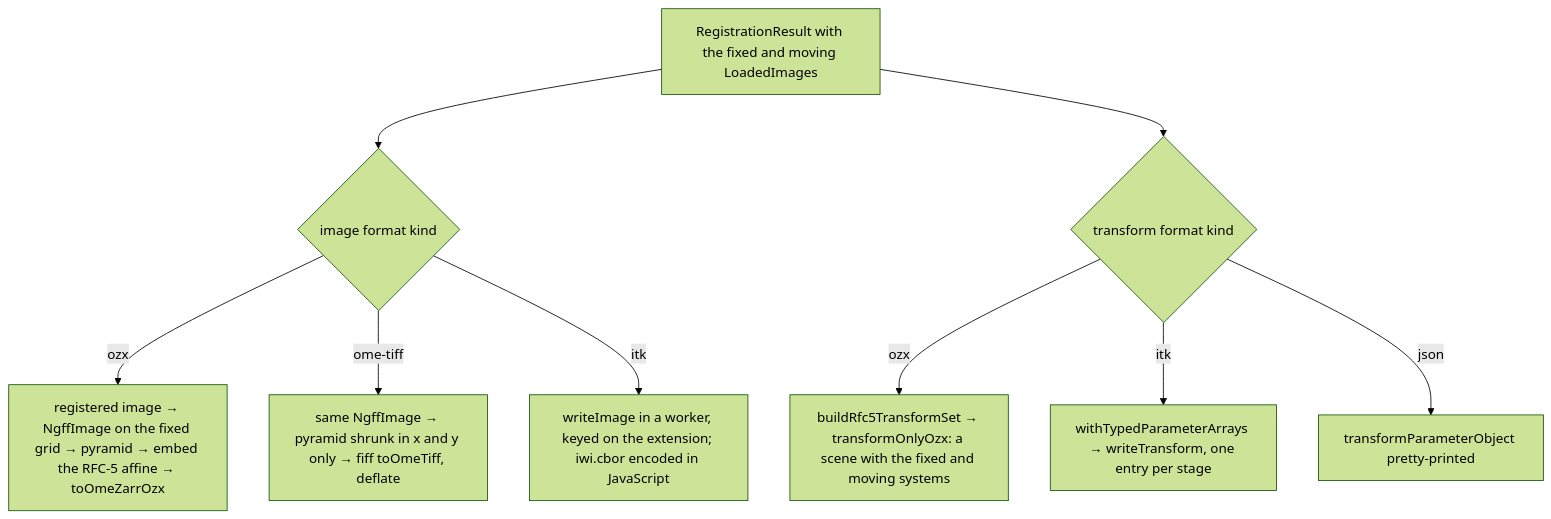
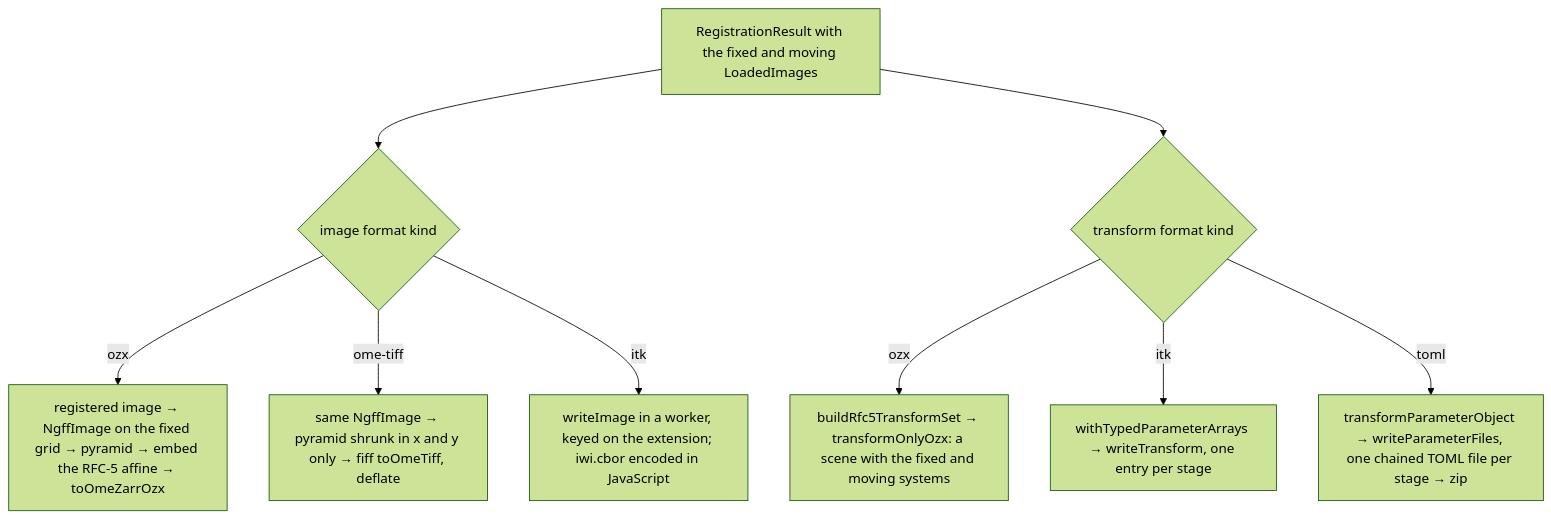
Before and after one commit to InsightSoftwareConsortium/ITKElastix: the second of 2 diagrams in wasm/typescript/demo-app/docs/architecture/architecture-overview.md, drawn with Mermaid (forest theme). The commit also changed other lines of this file and 15 other files, not shown here.

First line of the commit message:
ENH: Download the demo's elastix transform parameters as TOML files

````diff
--- a/wasm/typescript/demo-app/docs/architecture/architecture-overview.md
+++ b/wasm/typescript/demo-app/docs/architecture/architecture-overview.md
@@ -241,11 +241,11 @@
 ```mermaid
 flowchart TD
   R["RegistrationResult with the fixed and moving LoadedImages"] --> IMG{"image format kind"}
   IMG -->|ozx| P["registered image → NgffImage on the fixed grid → pyramid → embed the RFC-5 affine → toOmeZarrOzx"]
   IMG -->|ome-tiff| T["same NgffImage → pyramid shrunk in x and y only → fiff toOmeTiff, deflate"]
   IMG -->|itk| W["writeImage in a worker, keyed on the extension; iwi.cbor encoded in JavaScript"]
   R --> TR{"transform format kind"}
   TR -->|ozx| S["buildRfc5TransformSet → transformOnlyOzx: a scene with the fixed and moving systems"]
   TR -->|itk| WT["withTypedParameterArrays → writeTransform, one entry per stage"]
-  TR -->|json| J["transformParameterObject pretty-printed"]
+  TR -->|toml| J["transformParameterObject → writeParameterFiles, one chained TOML file per stage → zip"]
 ```
````
